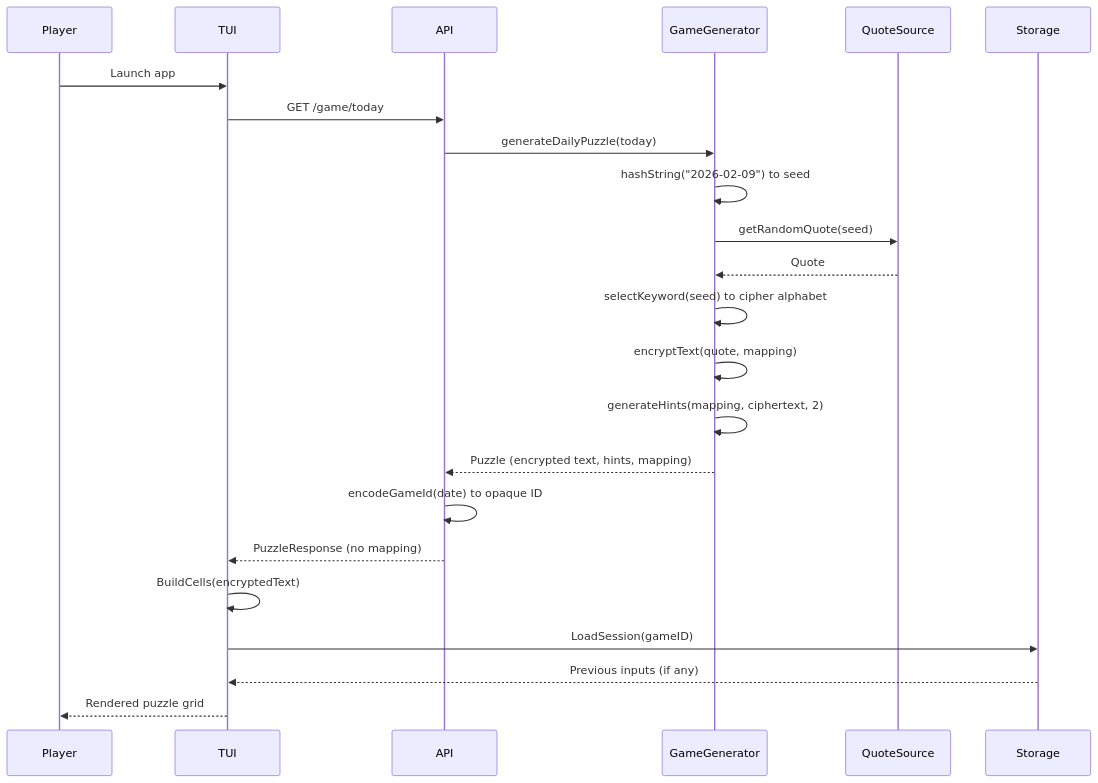
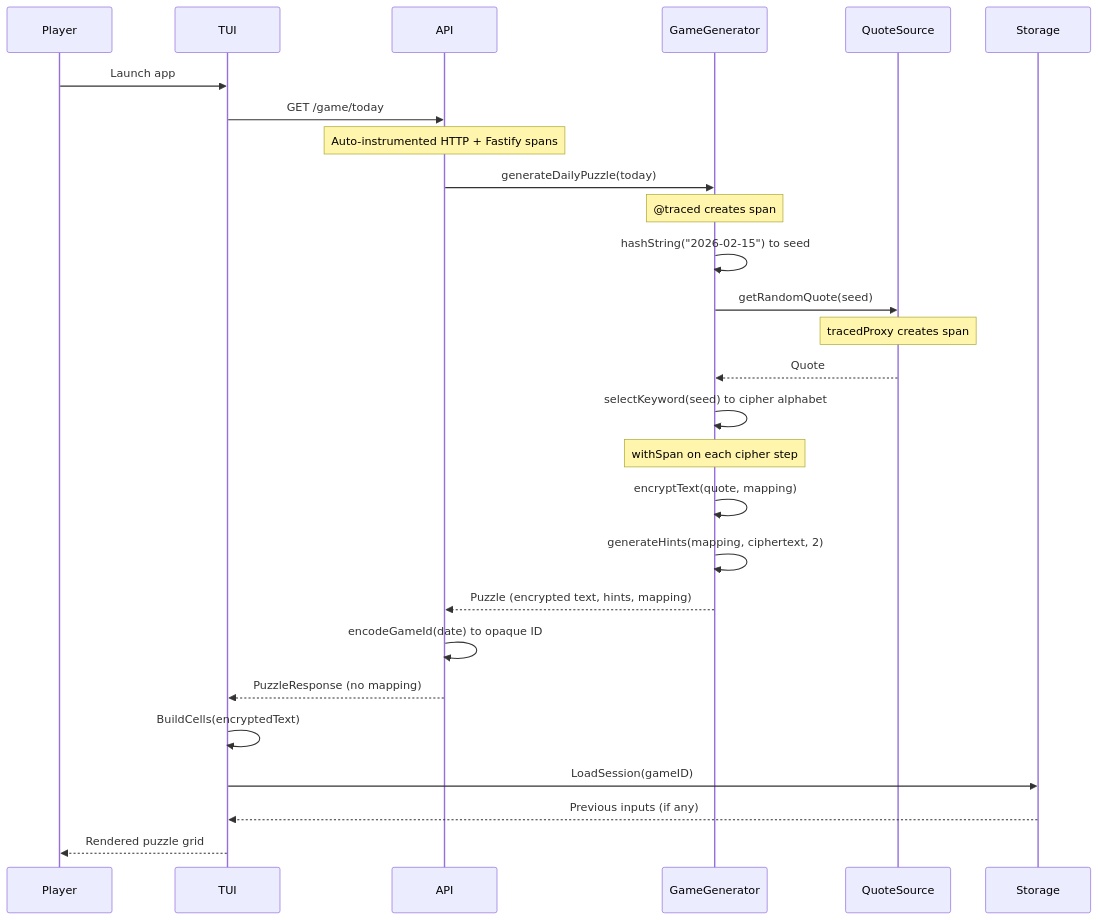
Before and after one commit to bojanrajkovic/unquote: the second of 5 diagrams in docs/CODEBASE_MAP.md, drawn with Mermaid. The commit also changed other lines of this file and 21 other files, not shown here.

````diff
--- a/docs/CODEBASE_MAP.md
+++ b/docs/CODEBASE_MAP.md
@@ -246,25 +260,29 @@
 ```mermaid
 sequenceDiagram
     participant Player
     participant TUI
     participant API
     participant Generator as GameGenerator
     participant QuoteSource
 
     Player->>TUI: Launch app
     TUI->>API: GET /game/today
+    Note over API: Auto-instrumented HTTP + Fastify spans
     API->>Generator: generateDailyPuzzle(today)
-    Generator->>Generator: hashString("2026-02-09") to seed
+    Note over Generator: @traced creates span
+    Generator->>Generator: hashString("2026-02-15") to seed
     Generator->>QuoteSource: getRandomQuote(seed)
+    Note over QuoteSource: tracedProxy creates span
     QuoteSource-->>Generator: Quote
     Generator->>Generator: selectKeyword(seed) to cipher alphabet
+    Note over Generator: withSpan on each cipher step
     Generator->>Generator: encryptText(quote, mapping)
     Generator->>Generator: generateHints(mapping, ciphertext, 2)
     Generator-->>API: Puzzle (encrypted text, hints, mapping)
     API->>API: encodeGameId(date) to opaque ID
     API-->>TUI: PuzzleResponse (no mapping)
     TUI->>TUI: BuildCells(encryptedText)
     TUI->>Storage: LoadSession(gameID)
     Storage-->>TUI: Previous inputs (if any)
     TUI-->>Player: Rendered puzzle grid
 ```
````
